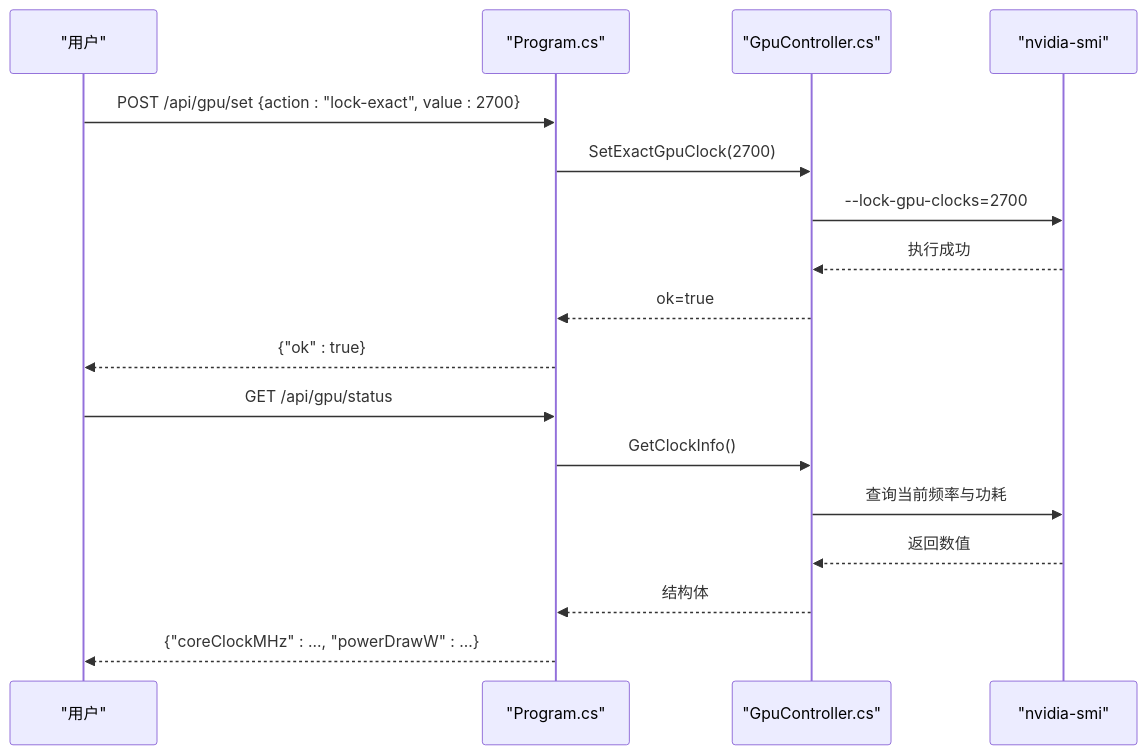
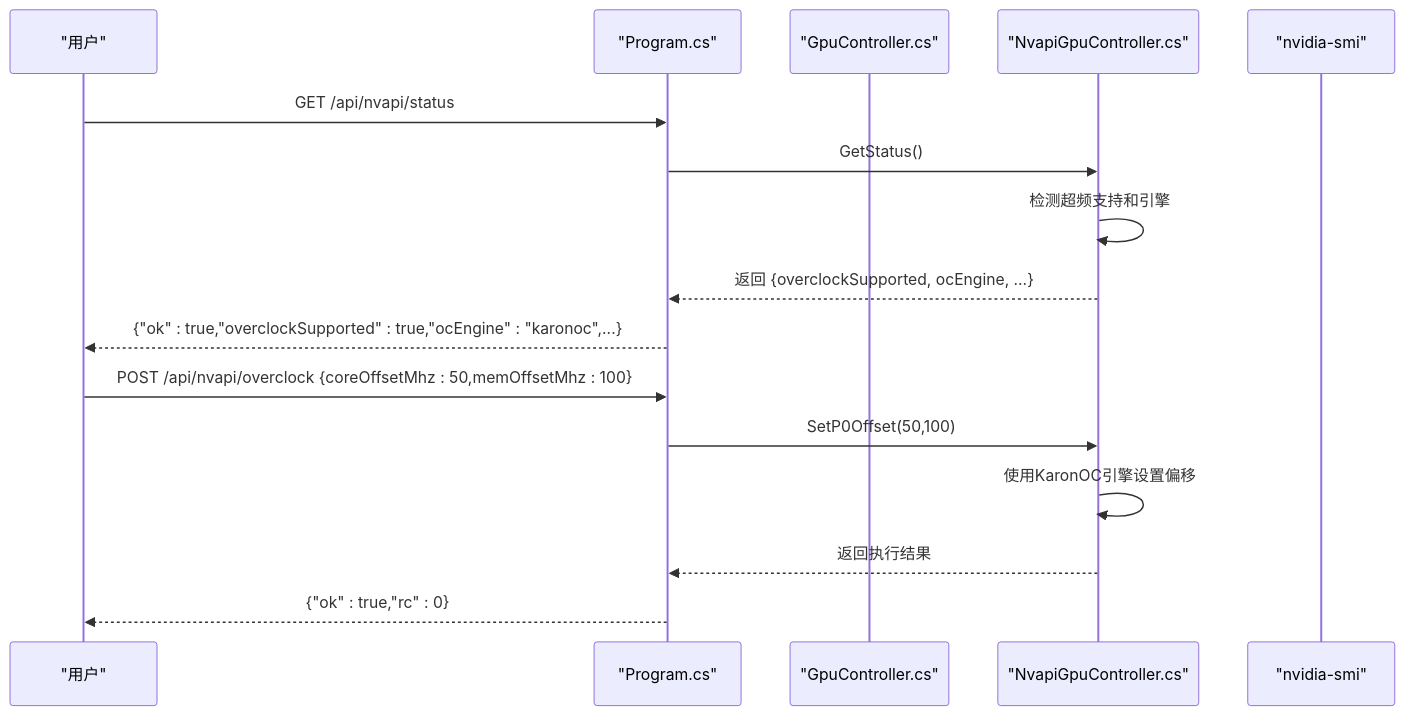
Before and after one commit to KanzakiK/DOUZHANZHE-Control: the fifth of 6 diagrams in .qoder/repowiki/zh/content/API参考文档/GPU控制器API.md, drawn with Mermaid. The commit also changed other lines of this file and 27 other files, not shown here.

````diff
--- a/.qoder/repowiki/zh/content/API参考文档/GPU控制器API.md
+++ b/.qoder/repowiki/zh/content/API参考文档/GPU控制器API.md
@@ -217,19 +277,18 @@
 ```mermaid
 sequenceDiagram
 participant User as "用户"
 participant API as "Program.cs"
 participant GPU as "GpuController.cs"
+participant NVAPI as "NvapiGpuController.cs"
 participant SMI as "nvidia-smi"
-User->>API : POST /api/gpu/set {action : "lock-exact", value : 2700}
-API->>GPU : SetExactGpuClock(2700)
-GPU->>SMI : --lock-gpu-clocks=2700
-SMI-->>GPU : 执行成功
-GPU-->>API : ok=true
-API-->>User : {"ok" : true}
-User->>API : GET /api/gpu/status
-API->>GPU : GetClockInfo()
-GPU->>SMI : 查询当前频率与功耗
-SMI-->>GPU : 返回数值
-GPU-->>API : 结构体
-API-->>User : {"coreClockMHz" : ..., "powerDrawW" : ...}
+User->>API : GET /api/nvapi/status
+API->>NVAPI : GetStatus()
+NVAPI->>NVAPI : 检测超频支持和引擎
+NVAPI-->>API : 返回 {overclockSupported, ocEngine, ...}
+API-->>User : {"ok" : true,"overclockSupported" : true,"ocEngine" : "karonoc",...}
+User->>API : POST /api/nvapi/overclock {coreOffsetMhz : 50,memOffsetMhz : 100}
+API->>NVAPI : SetP0Offset(50,100)
+NVAPI->>NVAPI : 使用KaronOC引擎设置偏移
+NVAPI-->>API : 返回执行结果
+API-->>User : {"ok" : true,"rc" : 0}
 ```
````
